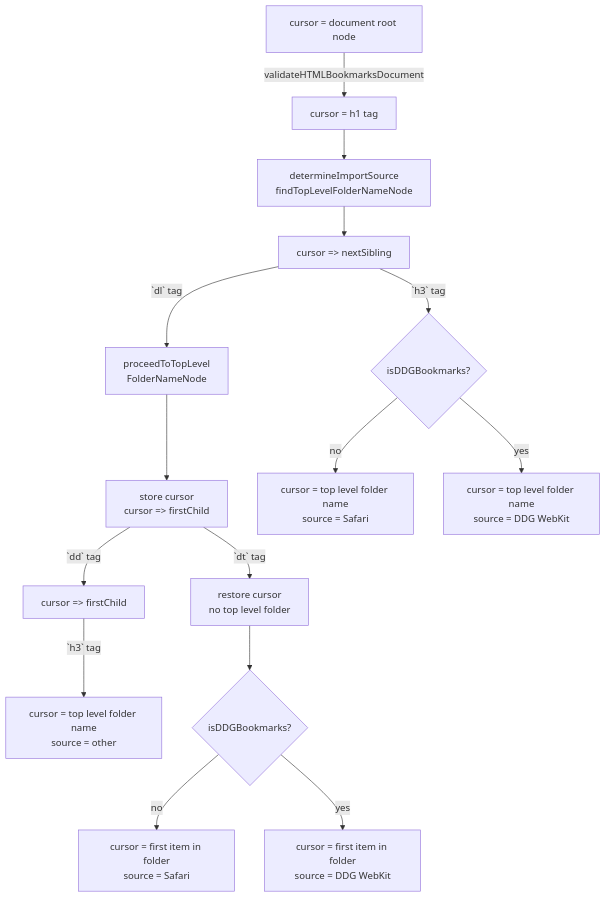
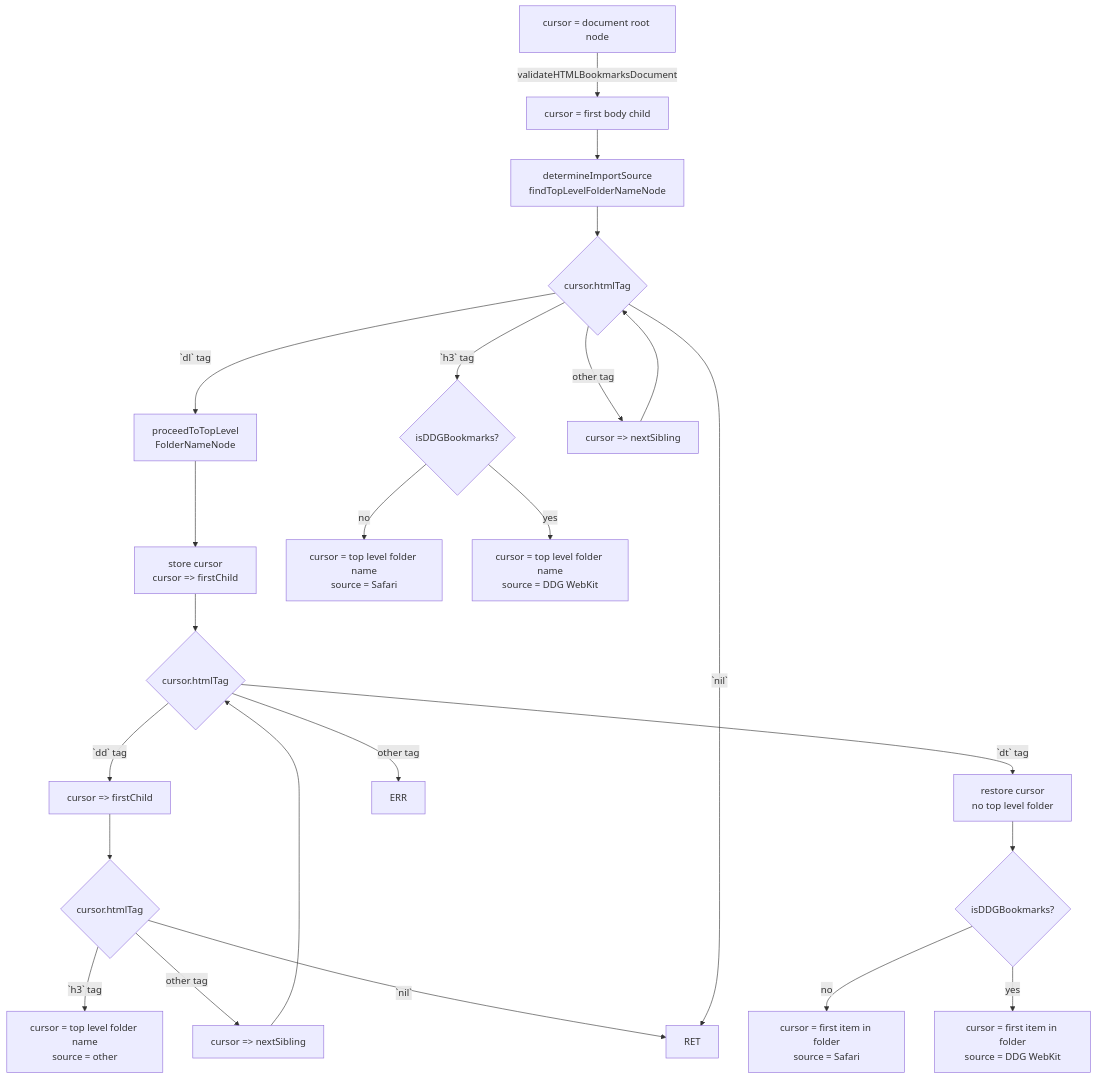
One commit to duckduckgo/macos-browser changed the first of 3 diagrams in DuckDuckGo/DataImport/Bookmarks/HTML/README.md. Above: the diagram before and after it, drawn with Mermaid. The commit also changed 2 other files, not shown here.

Commit message:
remove commented out error cases; update bookmarks Readme.md and add to pbxproj

````diff
--- a/DuckDuckGo/DataImport/Bookmarks/HTML/README.md
+++ b/DuckDuckGo/DataImport/Bookmarks/HTML/README.md
@@ -5,18 +5,27 @@
 ```mermaid
 graph TD
-    A[cursor = document root node] -->|validateHTMLBookmarksDocument| B[cursor = h1 tag]
+    A[cursor = document root node] -->|validateHTMLBookmarksDocument| B[cursor = first body child]
     B --> C[determineImportSource<br>findTopLevelFolderNameNode]
-    C --> D[cursor => nextSibling]
+    C --> D{cursor.htmlTag}
     D -->|`dl` tag| E[proceedToTopLevel<br>FolderNameNode]
-    E --> F[store cursor<br>cursor => firstChild]
-    F -->|`dd` tag| G[cursor => firstChild]
+    E --> E1[store cursor<br>cursor => firstChild]
+    E1 --> F{cursor.htmlTag}
+    F -->|`dd` tag| F1[cursor => firstChild]
+    F1 --> G{cursor.htmlTag}
     G -->|`h3` tag| H[cursor = top level folder name<br>source = other]
+    G -->|other tag| G1[cursor => nextSibling]
+    G -->|`nil`| RET
+    G1 --> F
     F -->|`dt` tag| I[restore cursor<br>no top level folder]
+    F -->|other tag| ERR
     D -->|`h3` tag| J{isDDGBookmarks?}
+    D -->|other tag| NXT[cursor => nextSibling]
+    NXT --> D
+    D -->|`nil`| RET
     I --> K{isDDGBookmarks?}
     K -->|no| L[cursor = first item in folder<br>source = Safari]
     K -->|yes| M[cursor = first item in folder<br>source = DDG WebKit]
     J -->|no| N[cursor = top level folder name<br>source = Safari]
     J -->|yes| O[cursor = top level folder name<br>source = DDG WebKit]
     
 ```
````
